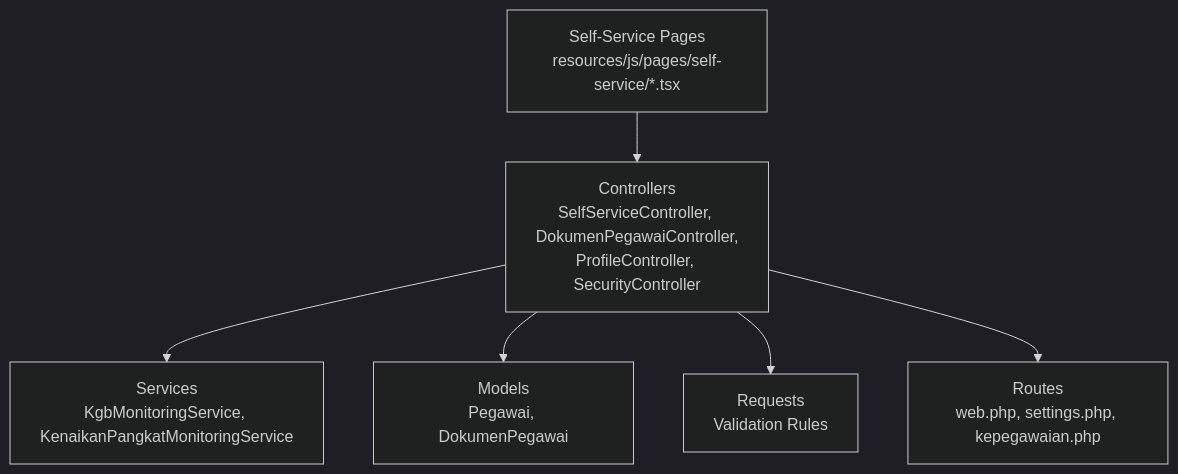
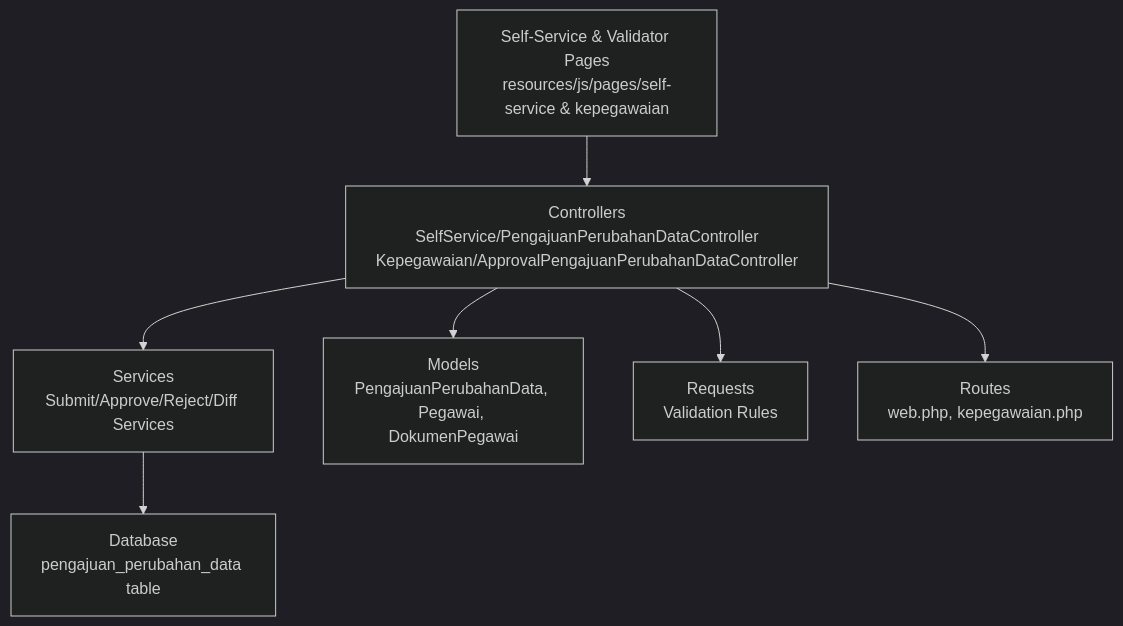
Before and after one commit to PA-Penajam/kepegawaian_apps: the second of 8 diagrams in .qoder/repowiki/en/content/Self-Service Portal/Self-Service Portal.md, drawn with Mermaid (dark theme). The commit also changed other lines of this file and 4 other files, not shown here.

First line of the commit message:
feat(approval): add self-service data change approval workflow

````diff
--- a/.qoder/repowiki/en/content/Self-Service Portal/Self-Service Portal.md
+++ b/.qoder/repowiki/en/content/Self-Service Portal/Self-Service Portal.md
@@ -157,8 +209,9 @@
 ```mermaid
 graph TB
-UI["Self-Service Pages<br/>resources/js/pages/self-service/*.tsx"] --> Ctl["Controllers<br/>SelfServiceController, DokumenPegawaiController,<br/>ProfileController, SecurityController"]
-Ctl --> Svc["Services<br/>KgbMonitoringService, KenaikanPangkatMonitoringService"]
-Ctl --> Mdl["Models<br/>Pegawai, DokumenPegawai"]
+UI["Self-Service & Validator Pages<br/>resources/js/pages/self-service & kepegawaian"] --> Ctl["Controllers<br/>SelfService/PengajuanPerubahanDataController<br/>Kepegawaian/ApprovalPengajuanPerubahanDataController"]
+Ctl --> Svc["Services<br/>Submit/Approve/Reject/Diff Services"]
+Ctl --> Mdl["Models<br/>PengajuanPerubahanData, Pegawai, DokumenPegawai"]
 Ctl --> Req["Requests<br/>Validation Rules"]
-Ctl --> Rt["Routes<br/>web.php, settings.php, kepegawaian.php"]
+Ctl --> Rt["Routes<br/>web.php, kepegawaian.php"]
+Svc --> DB["Database<br/>pengajuan_perubahan_data table"]
 ```
````
